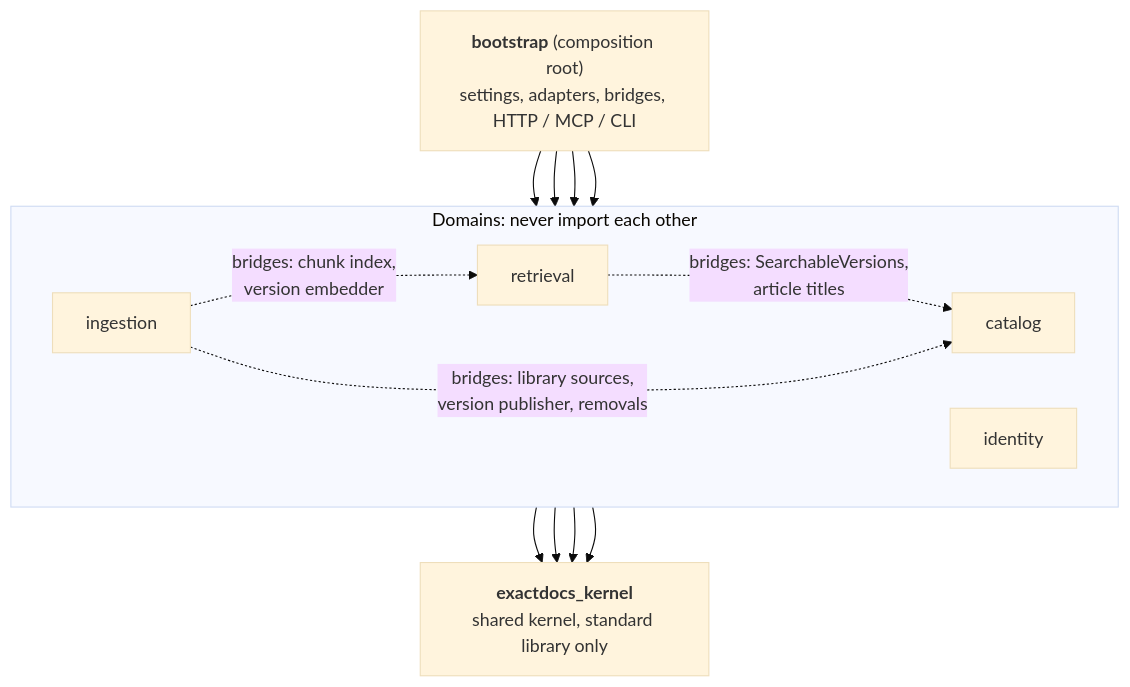
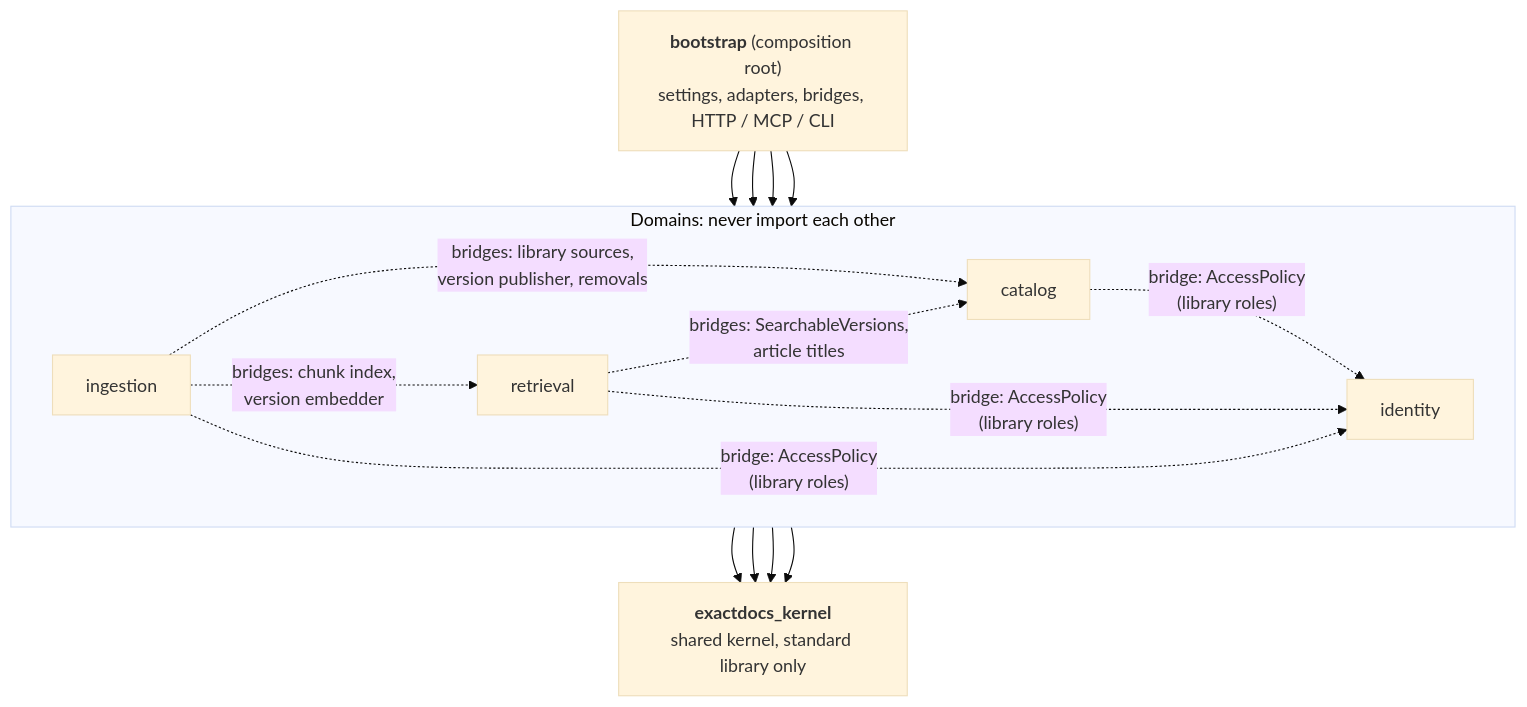
One commit to SirCypkowskyy/ExactDocs changed the first of 6 diagrams in docs/architecture.md. Above: the diagram before and after it, drawn with Mermaid (base theme). The commit also changed other lines of this file and 56 other files, not shown here.

First line of the commit message:
feat(identity): library roles are enforced on every UI action, REST call and MCP tool (#108)

````diff
--- a/docs/architecture.md
+++ b/docs/architecture.md
@@ -30,17 +30,18 @@
 ```mermaid
 flowchart TD
     boot["<b>bootstrap</b> (composition root)<br/>settings, adapters, bridges, HTTP / MCP / CLI"]
     subgraph domains [Domains: never import each other]
         direction LR
         catalog
         identity
         retrieval
         ingestion
     end
     kernel["<b>exactdocs_kernel</b><br/>shared kernel, standard library only"]
     boot --> catalog & identity & retrieval & ingestion
     catalog & identity & retrieval & ingestion --> kernel
     retrieval -. "bridges: SearchableVersions,<br/>article titles" .-> catalog
     ingestion -. "bridges: library sources,<br/>version publisher, removals" .-> catalog
     ingestion -. "bridges: chunk index,<br/>version embedder" .-> retrieval
+    catalog & retrieval & ingestion -. "bridge: AccessPolicy<br/>(library roles)" .-> identity
 ```
````
